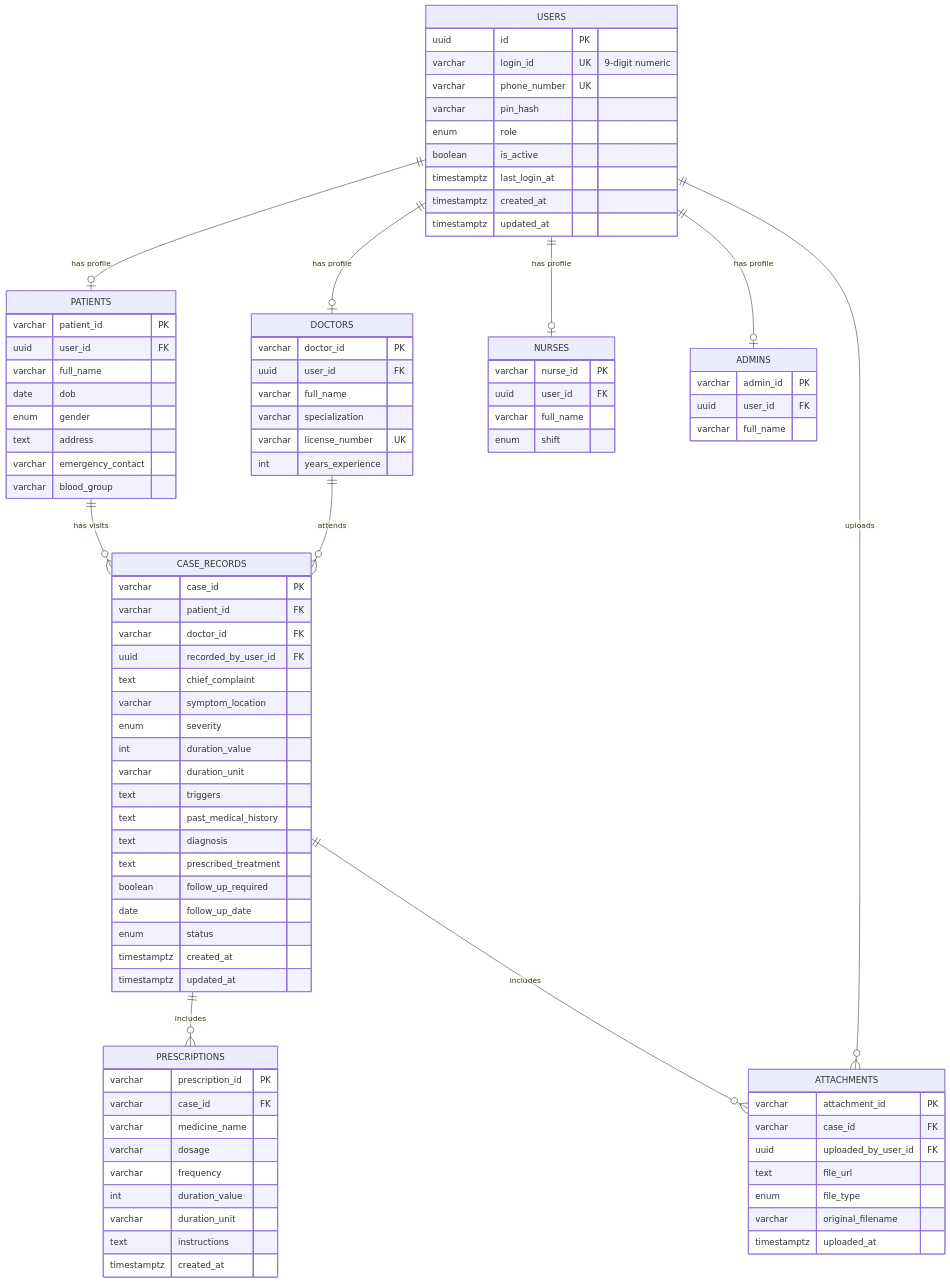
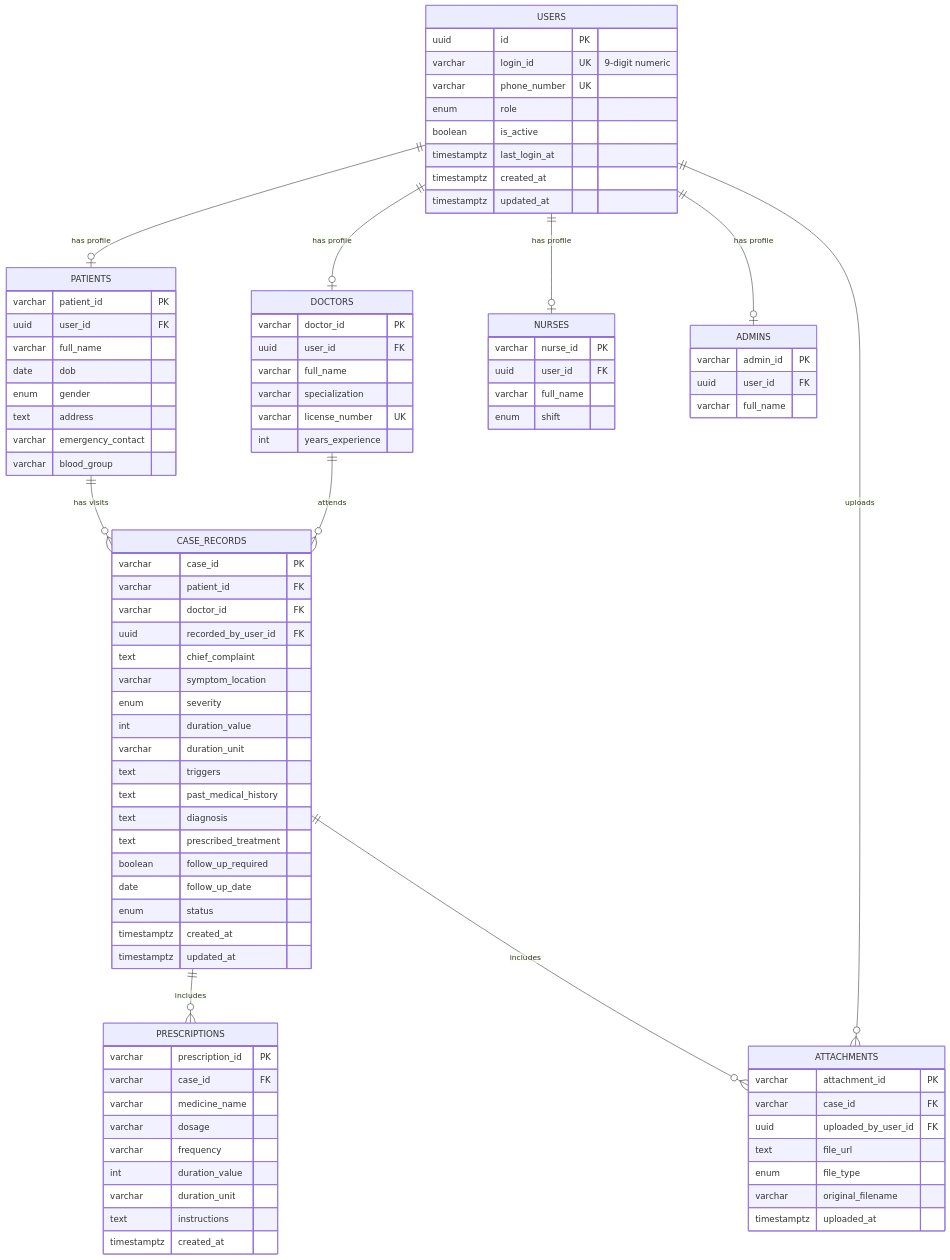
Before and after one commit to SubhankitDam/SIH2026_The_Open_Source: the diagram in server/database_schema.mmd, drawn with Mermaid. The commit also changed 1 other file, not shown here.

Commit message:
docs(update): update the users schema

```diff
--- a/server/database_schema.mmd
+++ b/server/database_schema.mmd
@@ -1,98 +1,97 @@
 erDiagram
     USERS ||--o| PATIENTS : "has profile"
     USERS ||--o| DOCTORS : "has profile"
     USERS ||--o| NURSES : "has profile"
     USERS ||--o| ADMINS : "has profile"
     USERS ||--o{ ATTACHMENTS : uploads
     PATIENTS ||--o{ CASE_RECORDS : "has visits"
     DOCTORS ||--o{ CASE_RECORDS : "attends"
     CASE_RECORDS ||--o{ PRESCRIPTIONS : includes
     CASE_RECORDS ||--o{ ATTACHMENTS : includes
 
     USERS {
         uuid id PK
         varchar login_id UK "9-digit numeric"
         varchar phone_number UK
-        varchar pin_hash
         enum role
         boolean is_active
         timestamptz last_login_at
         timestamptz created_at
         timestamptz updated_at
     }
 
     PATIENTS {
         varchar patient_id PK
         uuid user_id FK
         varchar full_name
         date dob
         enum gender
         text address
         varchar emergency_contact
         varchar blood_group
     }
 
     DOCTORS {
         varchar doctor_id PK
         uuid user_id FK
         varchar full_name
         varchar specialization
         varchar license_number UK
         int years_experience
     }
 
     NURSES {
         varchar nurse_id PK
         uuid user_id FK
         varchar full_name
         enum shift
     }
 
     ADMINS {
         varchar admin_id PK
         uuid user_id FK
         varchar full_name
     }
 
     CASE_RECORDS {
         varchar case_id PK
         varchar patient_id FK
         varchar doctor_id FK
         uuid recorded_by_user_id FK
         text chief_complaint
         varchar symptom_location
         enum severity
         int duration_value
         varchar duration_unit
         text triggers
         text past_medical_history
         text diagnosis
         text prescribed_treatment
         boolean follow_up_required
         date follow_up_date
         enum status
         timestamptz created_at
         timestamptz updated_at
     }
 
     PRESCRIPTIONS {
         varchar prescription_id PK
         varchar case_id FK
         varchar medicine_name
         varchar dosage
         varchar frequency
         int duration_value
         varchar duration_unit
         text instructions
         timestamptz created_at
     }
 
     ATTACHMENTS {
         varchar attachment_id PK
         varchar case_id FK
         uuid uploaded_by_user_id FK
         text file_url
         enum file_type
         varchar original_filename
         timestamptz uploaded_at
     }
```
